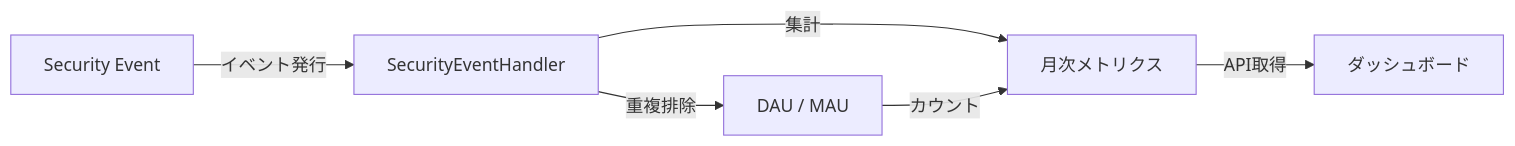
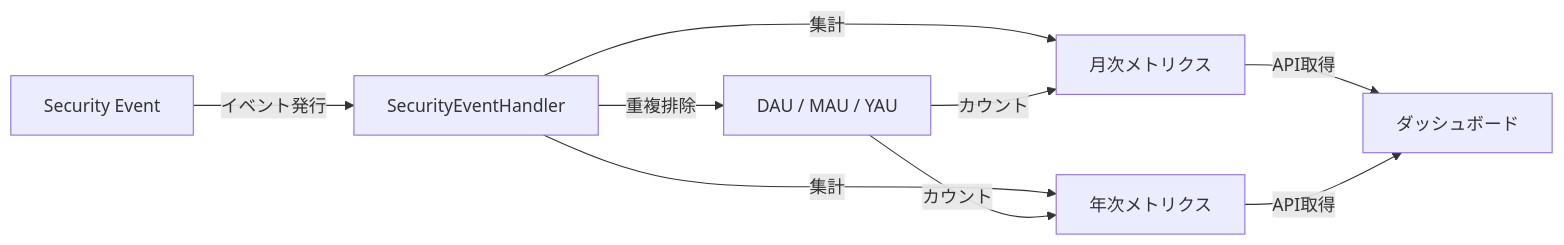
The first of 7 diagrams in documentation/docs/content_03_concepts/concept-22-tenant-statistics.md (hirokazu-kobayashi-koba-hiro/idp-server), drawn with Mermaid before and after one commit. The commit also changed other lines of this file and 13 other files, not shown here.

````diff
--- a/documentation/docs/content_03_concepts/concept-22-tenant-statistics.md
+++ b/documentation/docs/content_03_concepts/concept-22-tenant-statistics.md
@@ -9,8 +9,11 @@
 ```mermaid
 flowchart LR
     SE[Security Event] -->|イベント発行| HANDLER[SecurityEventHandler]
     HANDLER -->|集計| MONTHLY[月次メトリクス]
-    HANDLER -->|重複排除| DAU[DAU / MAU]
+    HANDLER -->|集計| YEARLY[年次メトリクス]
+    HANDLER -->|重複排除| DAU[DAU / MAU / YAU]
     MONTHLY -->|API取得| DASHBOARD[ダッシュボード]
+    YEARLY -->|API取得| DASHBOARD
     DAU -->|カウント| MONTHLY
+    DAU -->|カウント| YEARLY
 ```
````
